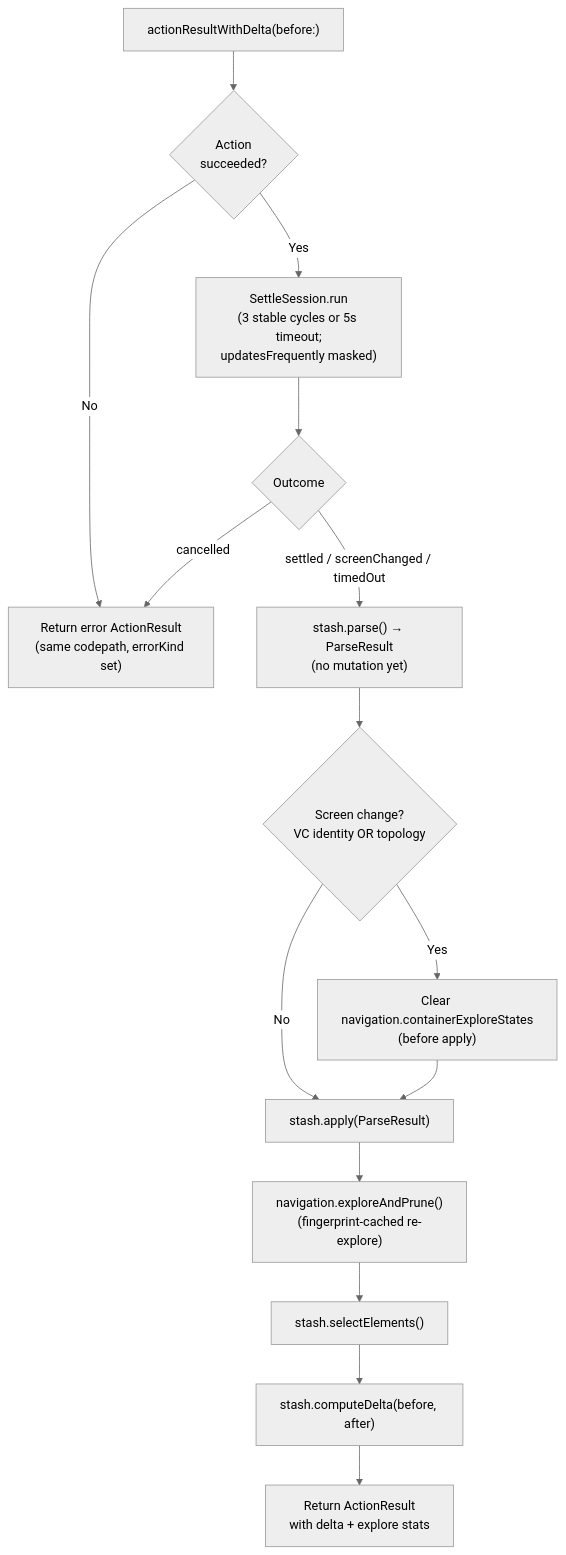
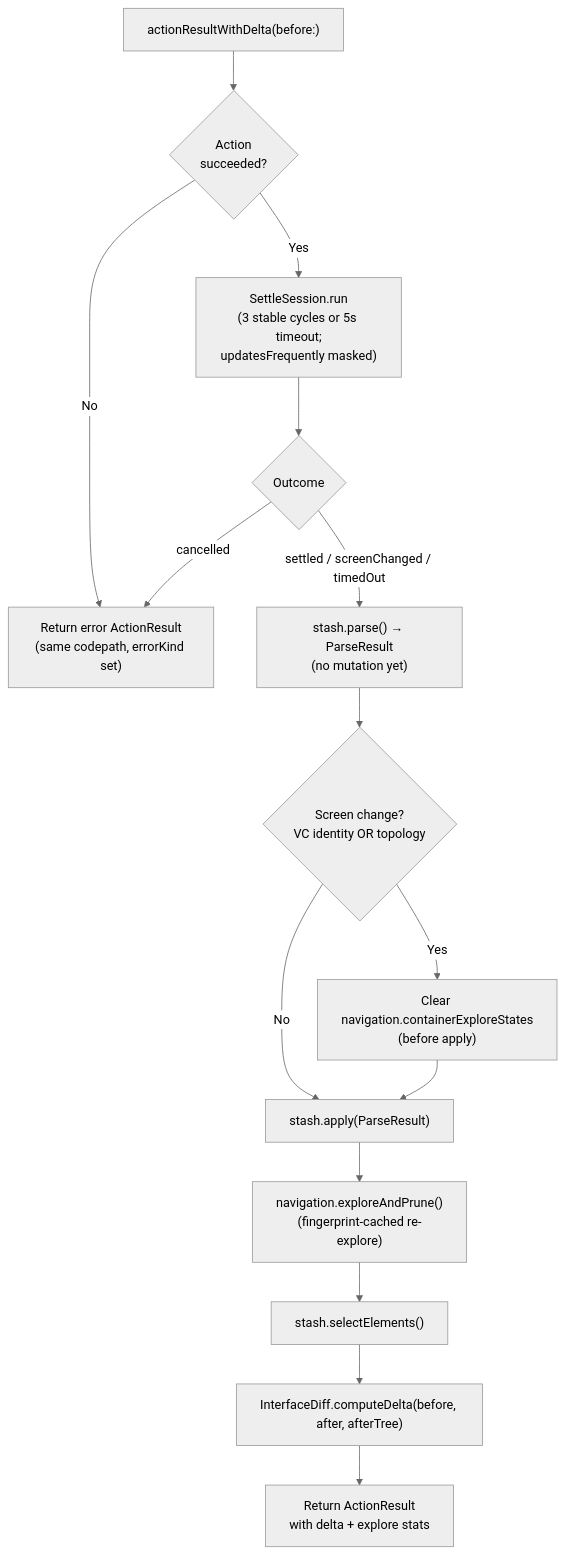
One commit to RoyalPineapple/TheButtonHeist changed the third of 3 diagrams in docs/dossiers/13-THEBRAINS.md. Above: the diagram before and after it, drawn with Mermaid (neutral theme). The commit also changed 13 other files, not shown here.

````diff
--- a/docs/dossiers/13-THEBRAINS.md
+++ b/docs/dossiers/13-THEBRAINS.md
@@ -95,19 +95,19 @@
 ```mermaid
 flowchart TD
     A["actionResultWithDelta(before:)"] --> B{Action<br/>succeeded?}
     B -->|No| C["Return error ActionResult<br/>(same codepath, errorKind set)"]
     B -->|Yes| D["SettleSession.run<br/>(3 stable cycles or 5s timeout;<br/>updatesFrequently masked)"]
     D --> CANC{Outcome}
     CANC -->|cancelled| C
     CANC -->|settled / screenChanged / timedOut| E["stash.parse() → ParseResult<br/>(no mutation yet)"]
 
     E --> F{Screen change?<br/>VC identity OR topology}
     F -->|Yes| G["Clear navigation.containerExploreStates<br/>(before apply)"]
     F -->|No| H["stash.apply(ParseResult)"]
     G --> H
 
     H --> I["navigation.exploreAndPrune()<br/>(fingerprint-cached re-explore)"]
     I --> J["stash.selectElements()"]
-    J --> K["stash.computeDelta(before, after)"]
+    J --> K["InterfaceDiff.computeDelta(before, after, afterTree)"]
     K --> L["Return ActionResult<br/>with delta + explore stats"]
 ```
````
